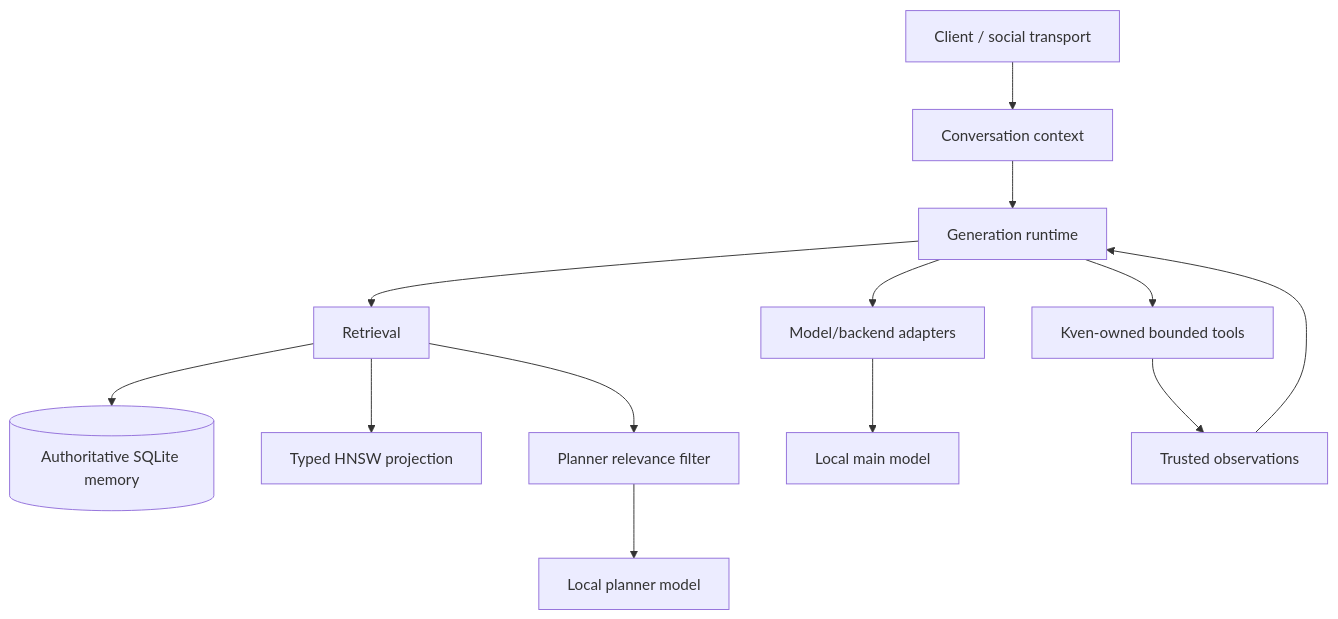
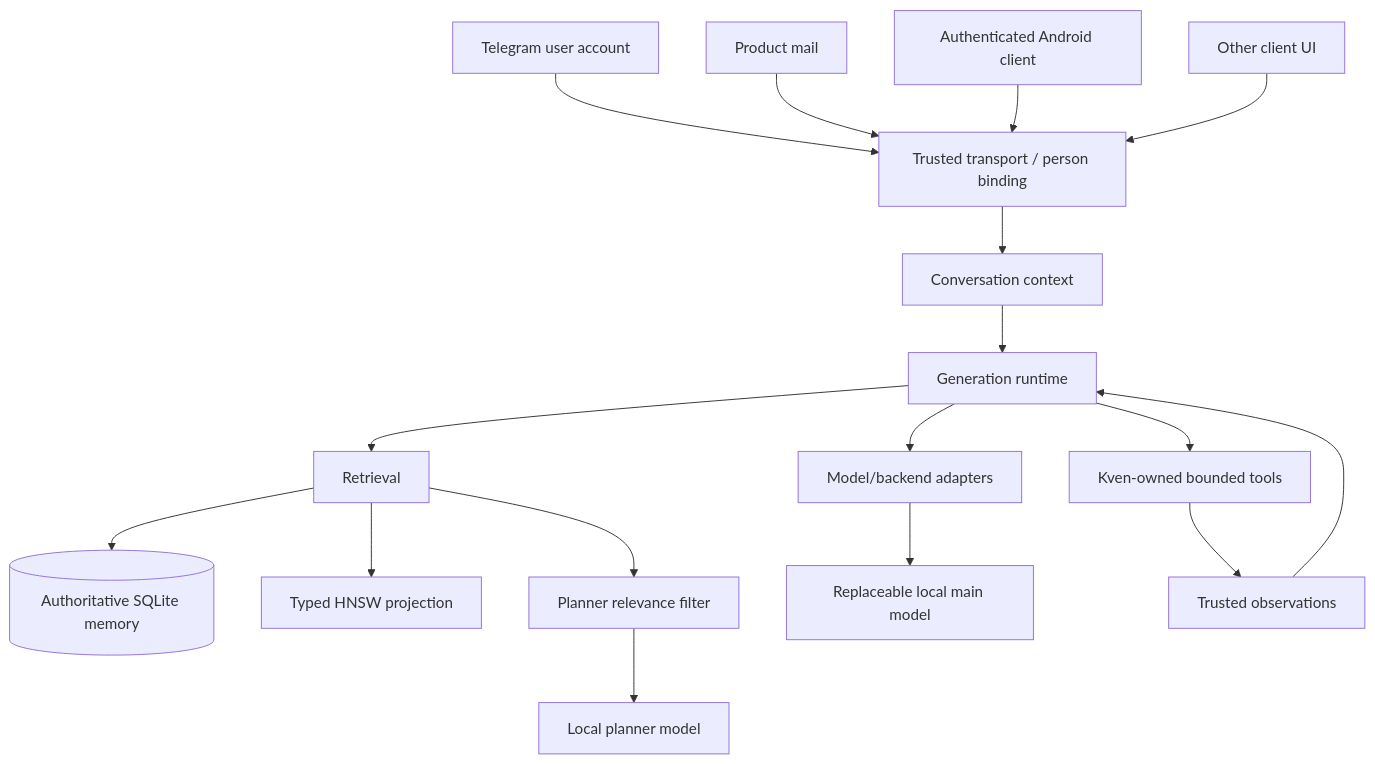
The diagram in README.md (eugene-kuris/Kven-II), drawn with Mermaid before and after one commit. The commit also changed other lines of this file, not shown here.

````diff
--- a/README.md
+++ b/README.md
@@ -30,18 +88,23 @@
 ```mermaid
 flowchart TD
-    Client[Client / social transport] --> Context[Conversation context]
+    TG[Telegram user account] --> Identity[Trusted transport / person binding]
+    Mail[Product mail] --> Identity
+    Android[Authenticated Android client] --> Identity
+    UI[Other client UI] --> Identity
+
+    Identity --> Context[Conversation context]
     Context --> Runtime[Generation runtime]
 
     Runtime --> Retrieval[Retrieval]
     Retrieval --> SQLite[(Authoritative SQLite memory)]
     Retrieval --> HNSW[Typed HNSW projection]
     Retrieval --> Reranker[Planner relevance filter]
 
     Runtime --> Adapters[Model/backend adapters]
-    Adapters --> Main[Local main model]
+    Adapters --> Main[Replaceable local main model]
     Reranker --> Planner[Local planner model]
 
     Runtime --> Tools[Kven-owned bounded tools]
     Tools --> Observations[Trusted observations]
     Observations --> Runtime
 ```
````
